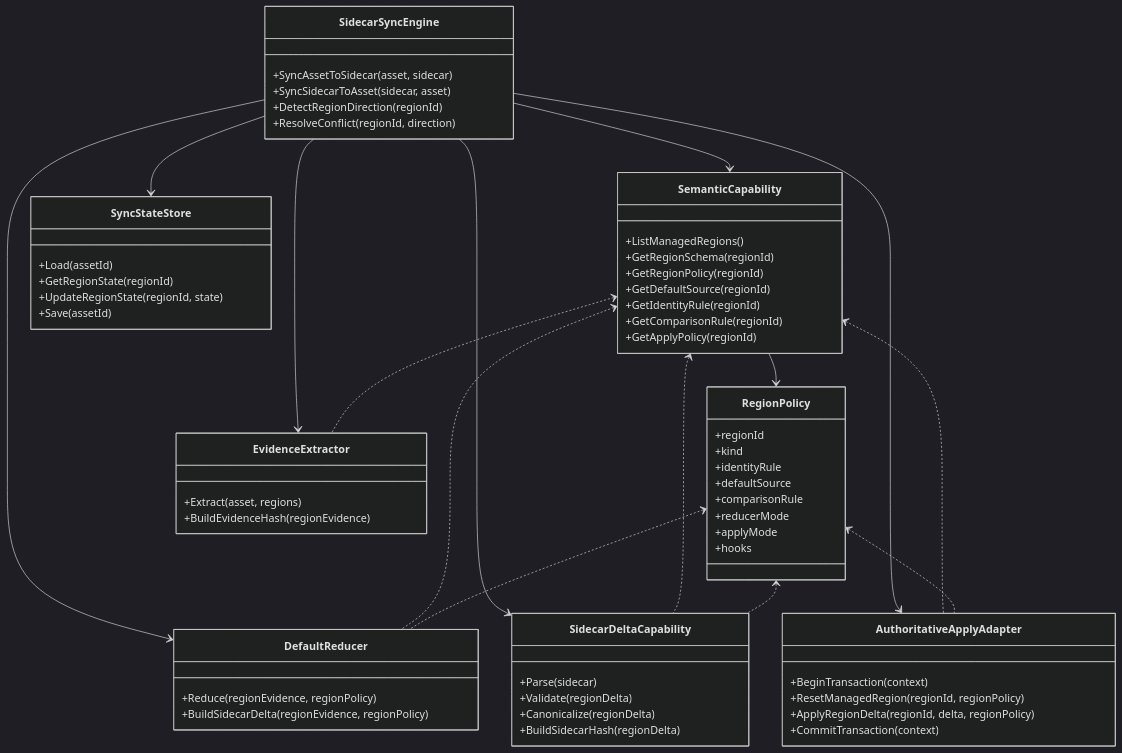
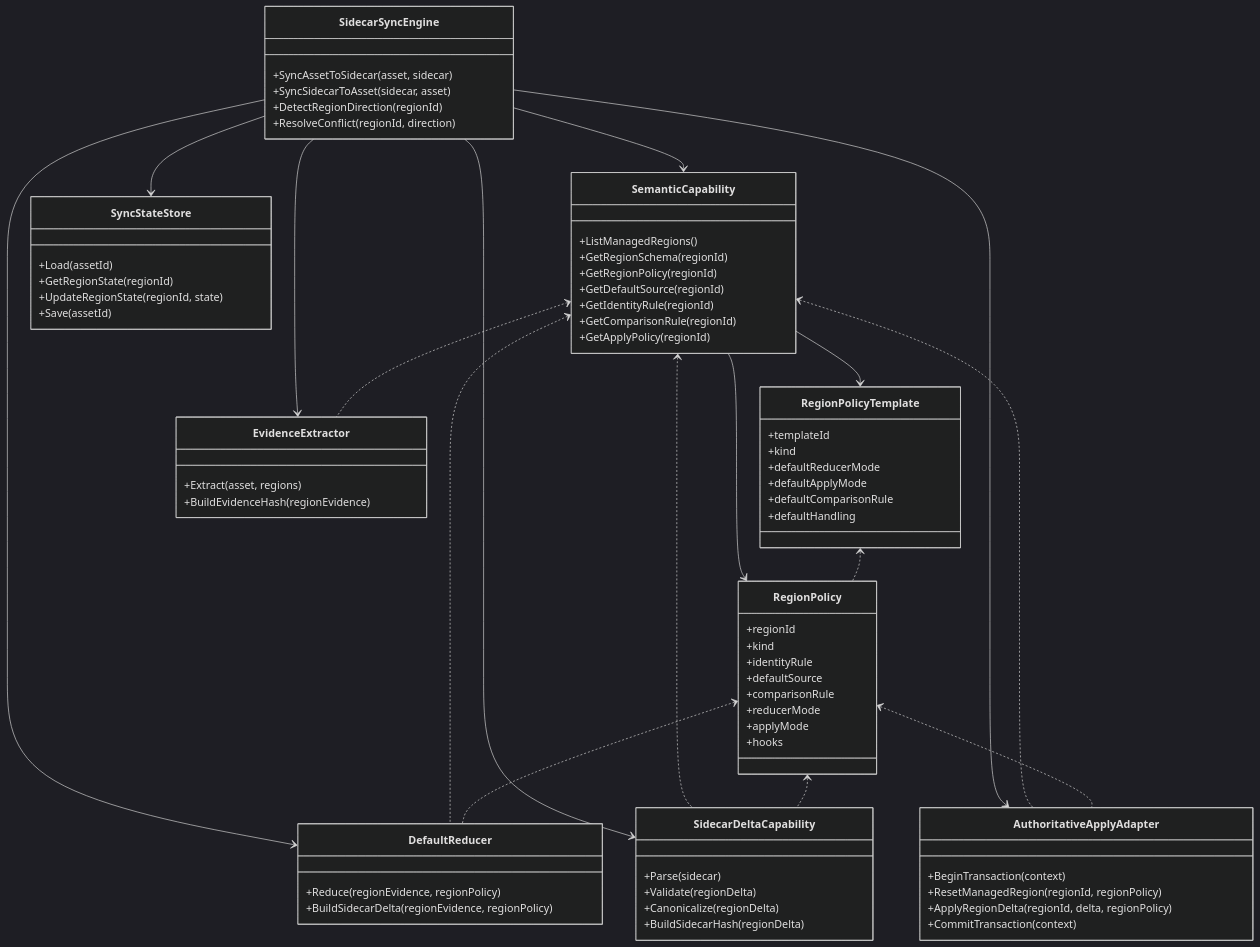
Before and after one commit to oscarrr112/UECopilot: the first of 3 diagrams in docs/superpowers/specs/2026-06-13-asset-document-bidirectional-delta-sidecar-goal.md, drawn with Mermaid (dark theme). The commit also changed other lines of this file, not shown here.

Commit message:
docs(assetdoc): add region policy template layer

````diff
--- a/docs/superpowers/specs/2026-06-13-asset-document-bidirectional-delta-sidecar-goal.md
+++ b/docs/superpowers/specs/2026-06-13-asset-document-bidirectional-delta-sidecar-goal.md
@@ -135,5 +193,14 @@
 ```mermaid
 classDiagram
+    class RegionPolicyTemplate {
+        +templateId
+        +kind
+        +defaultReducerMode
+        +defaultApplyMode
+        +defaultComparisonRule
+        +defaultHandling
+    }
+
     class RegionPolicy {
         +regionId
         +kind
@@ -193,6 +260,8 @@
         +CommitTransaction(context)
     }
 
+    RegionPolicyTemplate <.. RegionPolicy
+    SemanticCapability --> RegionPolicyTemplate
     SemanticCapability --> RegionPolicy
     RegionPolicy <.. DefaultReducer
     RegionPolicy <.. SidecarDeltaCapability
````
